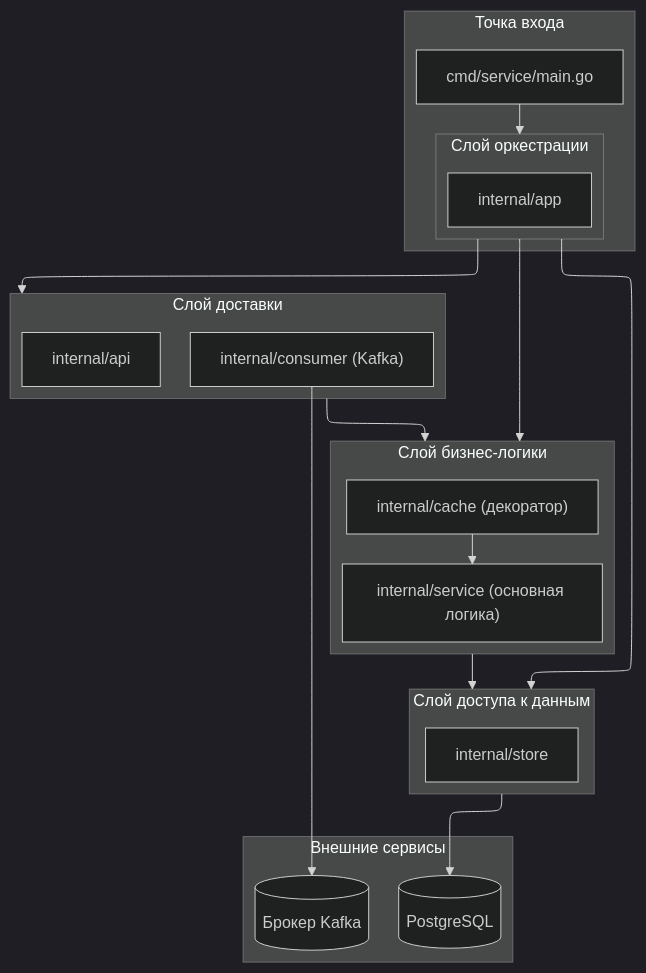
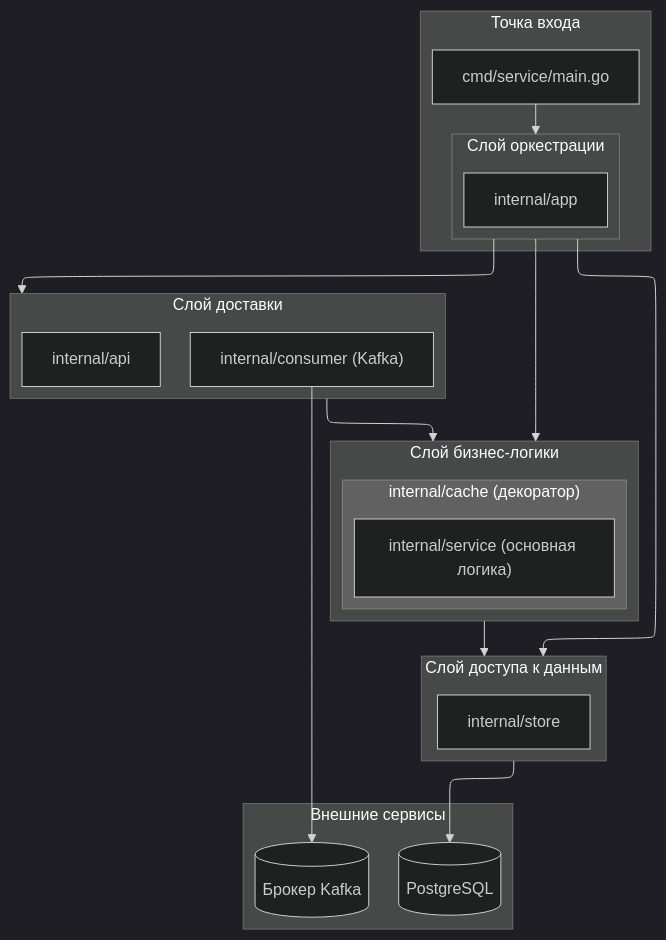
The diagram in README.ru.md (goinginblind/l0-task), drawn with Mermaid before and after one commit.

````diff
--- a/README.ru.md
+++ b/README.ru.md
@@ -88,37 +88,38 @@
 ```mermaid
 ---
 config:
   layout: elk
   theme: dark
 ---
 flowchart TD
  subgraph Orchestration["Слой оркестрации"]
         B["internal/app"]
   end
  subgraph Entrypoint["Точка входа"]
         A["cmd/service/main.go"]
         Orchestration
   end
  subgraph Delivery["Слой доставки"]
         C["internal/api"]
         D["internal/consumer (Kafka)"]
   end
  subgraph Business["Слой бизнес-логики"]
-        E_Cache["internal/cache (декоратор)"]
+ subgraph E_Cache["internal/cache (декоратор)"]
         E["internal/service (основная логика)"]
+  end
   end
  subgraph Data["Слой доступа к данным"]
         F["internal/store"]
   end
  subgraph External["Внешние сервисы"]
         J[("PostgreSQL")]
         K[("Брокер Kafka")]
   end
-    E_Cache --> E
     A --> Orchestration
     Data --> J
     Business --> Data
     Orchestration --> Delivery & Business & Data
     D --> K
     Delivery --> Business
+style E_Cache fill:#616161,color:#FFFFFF
 ```
````
